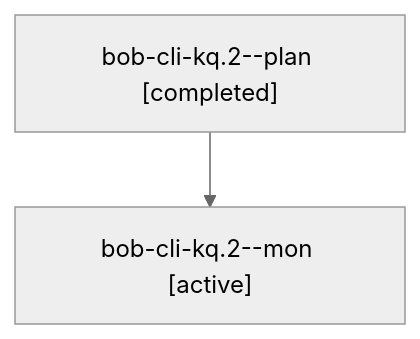
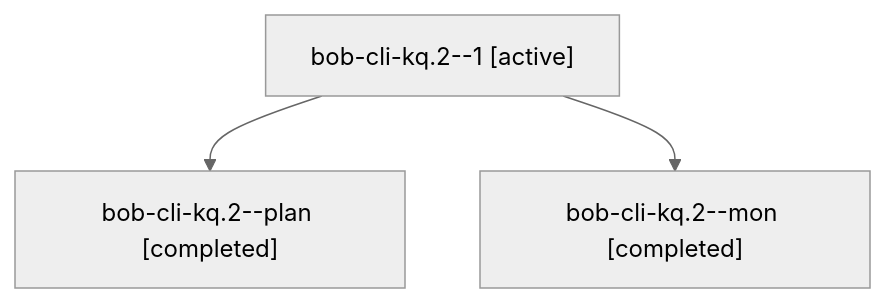
One commit to bobs-org/bob-cli--agents changed the diagram in sessions/bbugyi200.athena.bob-cli-kq.2.md. Above: the diagram before and after it, drawn with Mermaid (neutral theme). The commit also changed other lines of this file and 172 other files, not shown here.

````diff
--- a/sessions/bbugyi200.athena.bob-cli-kq.2.md
+++ b/sessions/bbugyi200.athena.bob-cli-kq.2.md
@@ -9,6 +9,8 @@
 ```mermaid
 flowchart TD
-  n0["bob-cli-kq.2--plan [completed]"]
-  n1["bob-cli-kq.2--mon [active]"]
+  n0["bob-cli-kq.2--1 [active]"]
+  n1["bob-cli-kq.2--plan [completed]"]
   n0 --> n1
+  n2["bob-cli-kq.2--mon [completed]"]
+  n0 --> n2
 ```
````
